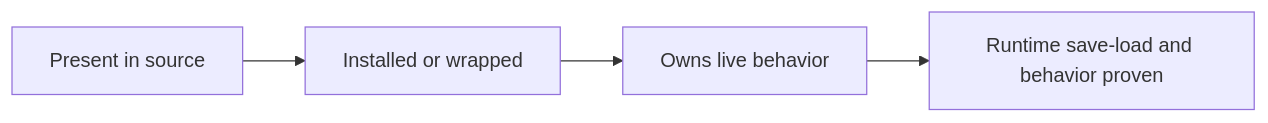
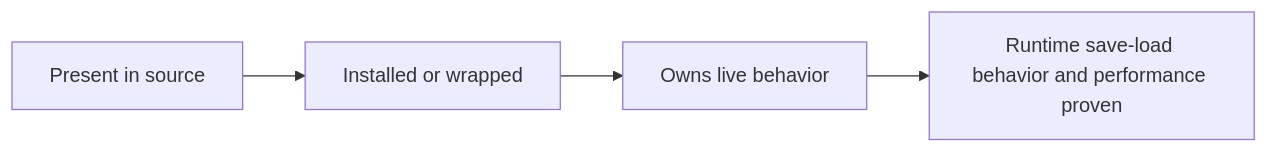
One commit to mrcalzon02/Tech-Priests changed the first of 15 diagrams in docs/RECOVERY_AUTHORITY_MAP_CURRENT.md. Above: the diagram before and after it, drawn with Mermaid. The commit also changed other lines of this file, not shown here.

````diff
--- a/docs/RECOVERY_AUTHORITY_MAP_CURRENT.md
+++ b/docs/RECOVERY_AUTHORITY_MAP_CURRENT.md
@@ -14,8 +14,8 @@
 ```mermaid
 flowchart LR
     Present[Present in source]
     Installed[Installed or wrapped]
     Authoritative[Owns live behavior]
-    Proven[Runtime save-load and behavior proven]
+    Proven[Runtime save-load behavior and performance proven]
     Present --> Installed --> Authoritative --> Proven
 ```
````
